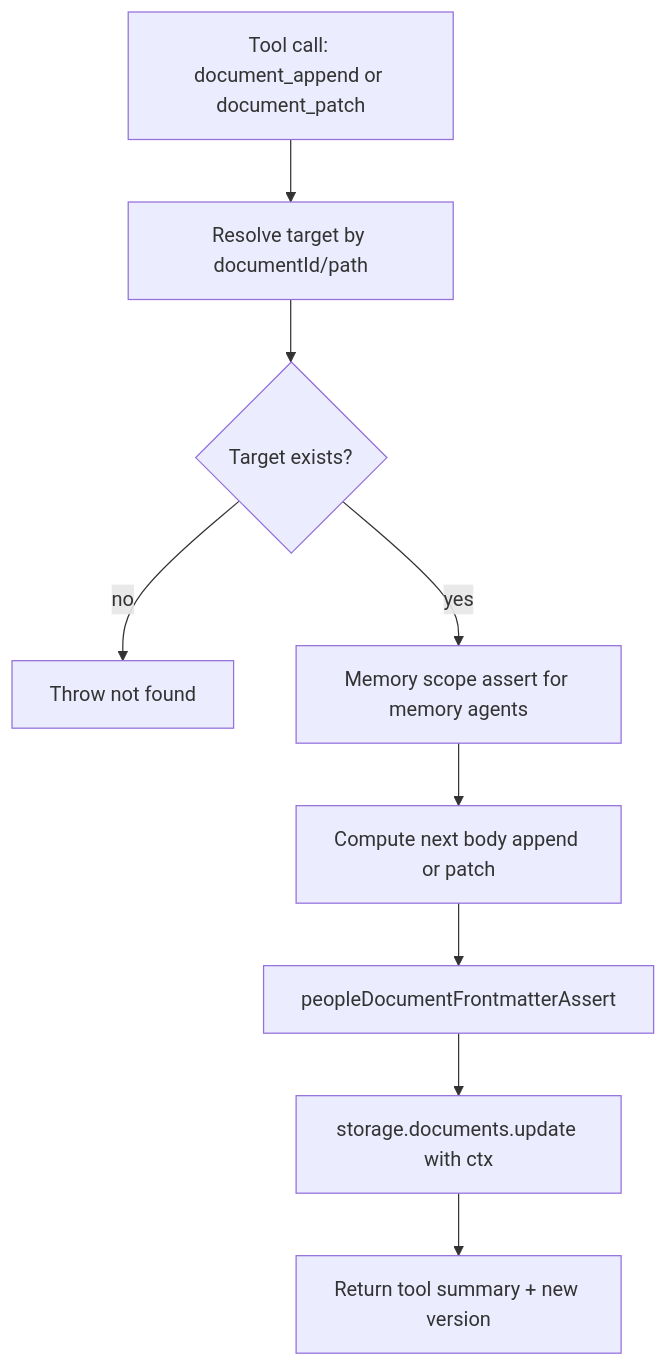
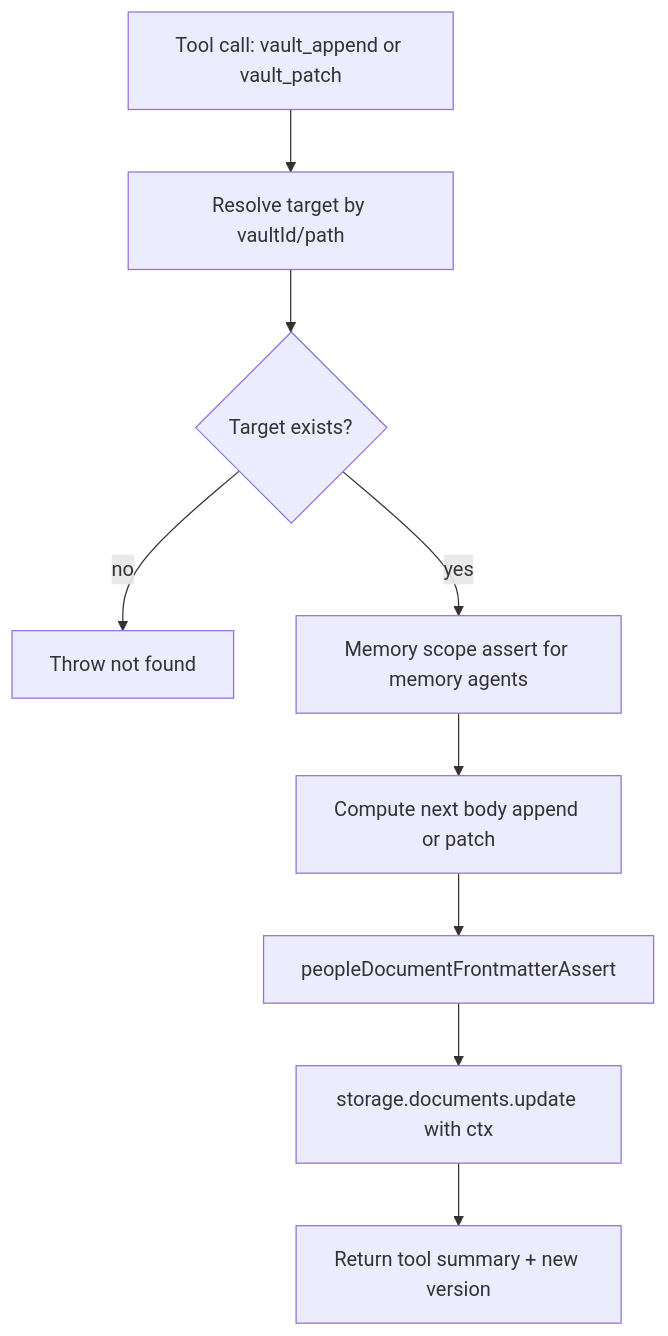
One commit to ex3ndr/daycare changed the diagram in doc/internals/document-append-patch-tools.md. Above: the diagram before and after it, drawn with Mermaid. The commit also changed other lines of this file and 112 other files, not shown here.

````diff
--- a/doc/internals/document-append-patch-tools.md
+++ b/doc/internals/document-append-patch-tools.md
@@ -16,11 +16,11 @@
 ```mermaid
 flowchart TD
-  A[Tool call: document_append or document_patch] --> B[Resolve target by documentId/path]
+  A[Tool call: vault_append or vault_patch] --> B[Resolve target by vaultId/path]
   B --> C{Target exists?}
   C -- no --> D[Throw not found]
   C -- yes --> E[Memory scope assert for memory agents]
   E --> F[Compute next body append or patch]
   F --> G[peopleDocumentFrontmatterAssert]
   G --> H[storage.documents.update with ctx]
   H --> I[Return tool summary + new version]
 ```
````
